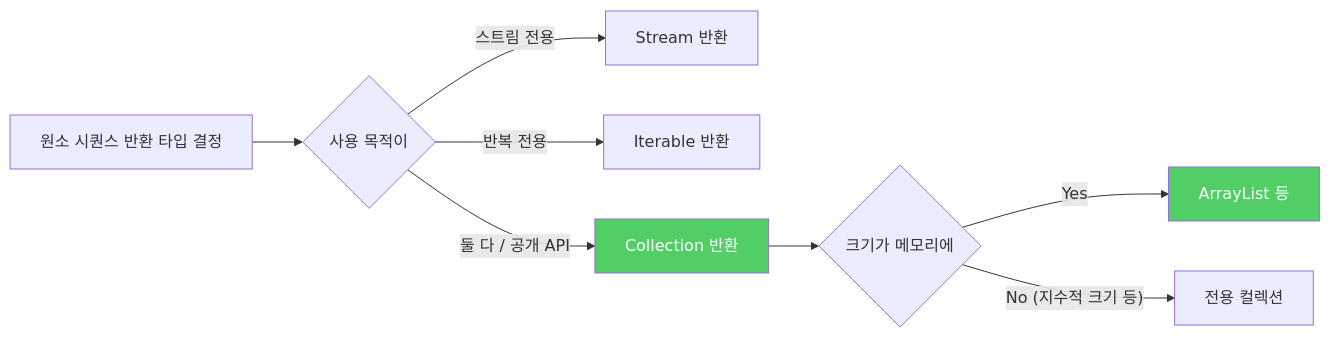
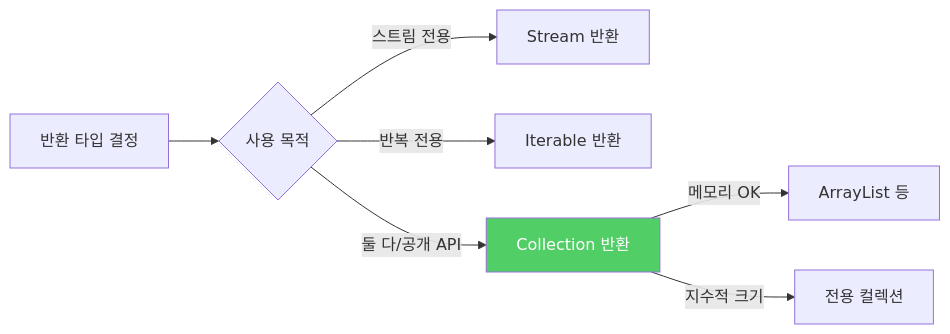
One commit to yjkim2015/yjkim2015.github.io changed the diagram in _posts/java/2022-01-24-effective-java47.md. Above: the diagram before and after it, drawn with Mermaid. The commit also changed 245 other files, not shown here.

First line of the commit message:
Mermaid 다이어그램 전면 수정 + 면접 포인트 접기/펼치기 + DB 데드락 페이지

````diff
--- a/_posts/java/2022-01-24-effective-java47.md
+++ b/_posts/java/2022-01-24-effective-java47.md
@@ -50,12 +50,10 @@
 ```mermaid
 graph LR
-    A["원소 시퀀스 반환 타입 결정"] --> B{"사용 목적이"}
+    A["반환 타입 결정"] --> B{"사용 목적"}
     B -->|"스트림 전용"| C["Stream 반환"]
     B -->|"반복 전용"| D["Iterable 반환"]
-    B -->|"둘 다 / 공개 API"| E["Collection 반환"]
-    E --> F{"크기가 메모리에"}
-    F -->|"Yes"| G["ArrayList 등"]
-    F -->|"No (지수적 크기 등)"| H["전용 컬렉션"]
+    B -->|"둘 다/공개 API"| E["Collection 반환"]
+    E -->|"메모리 OK"| G["ArrayList 등"]
+    E -->|"지수적 크기"| H["전용 컬렉션"]
     style E fill:#51cf66,color:#fff
-    style G fill:#51cf66,color:#fff
 ```
````
